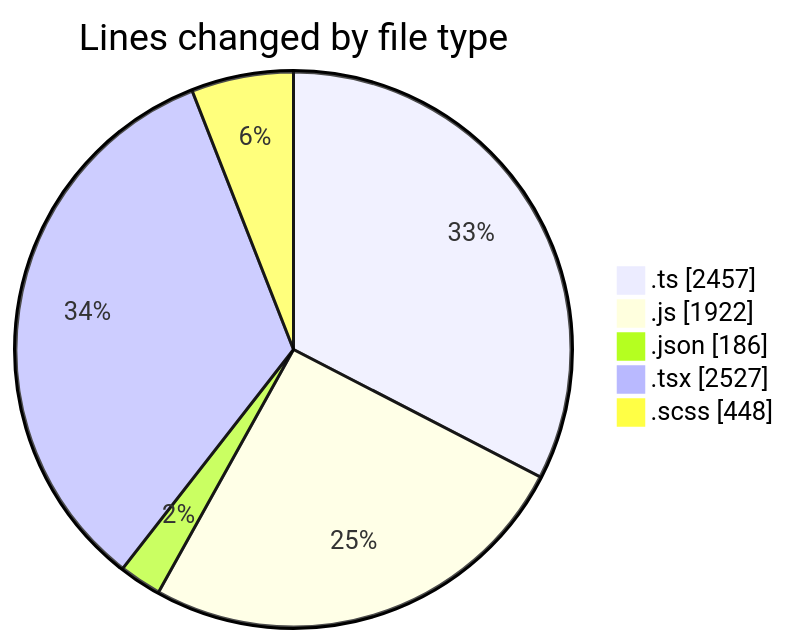
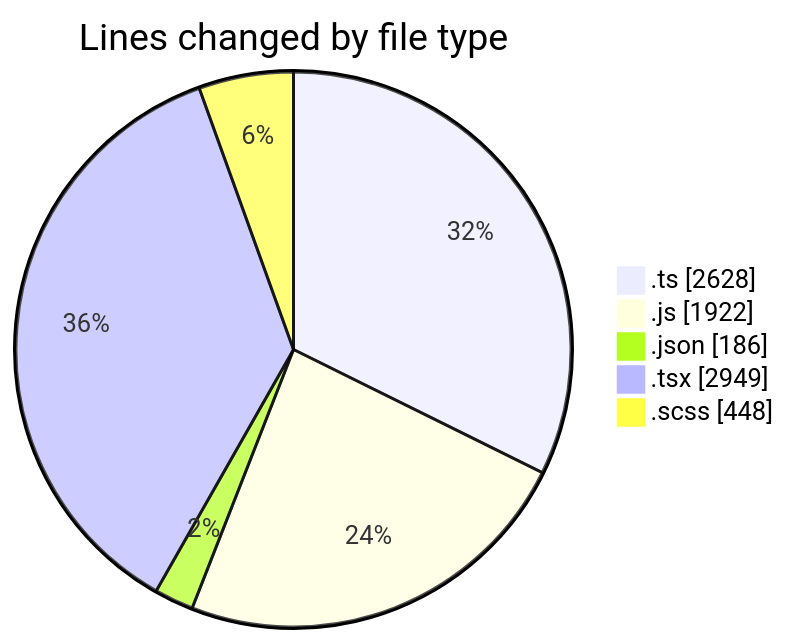
One commit to momahboobian/code-tracking changed the first of 2 diagrams in 2026-06-18/cda/README.md. Above: the diagram before and after it, drawn with Mermaid. The commit also changed other lines of this file and 1 other file, not shown here.

````diff
--- a/2026-06-18/cda/README.md
+++ b/2026-06-18/cda/README.md
@@ -55,9 +59,9 @@
 ```mermaid
 pie showData
 title Lines changed by file type
-".ts" : 2457
+".ts" : 2628
 ".js" : 1922
 ".json" : 186
-".tsx" : 2527
+".tsx" : 2949
 ".scss" : 448
 ```
````
